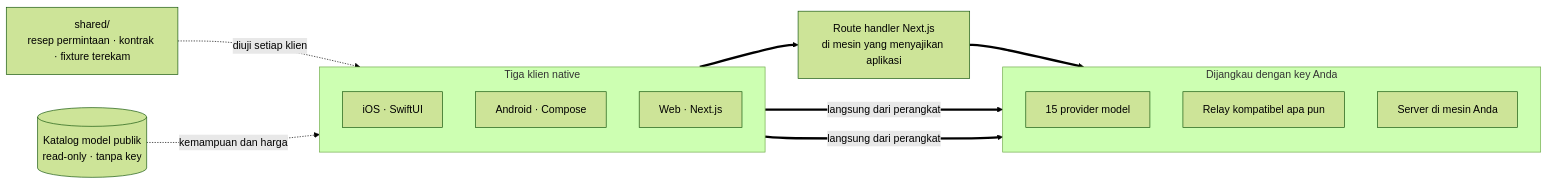
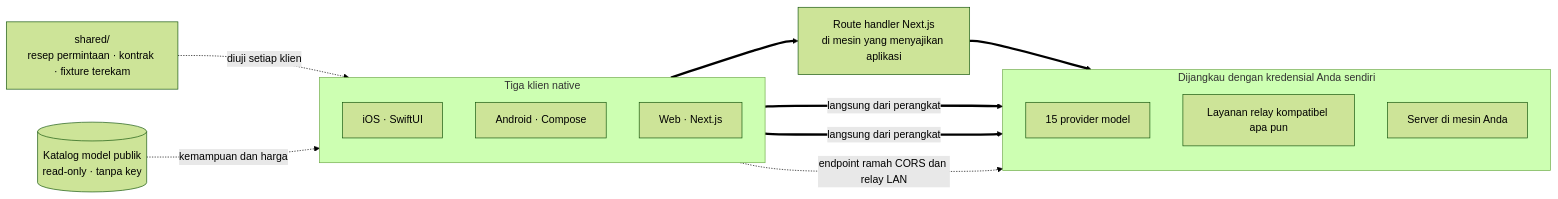
Before and after one commit to oriveo/oriveo: the diagram in readme_i18n/id/README.md, drawn with Mermaid (forest theme). The commit also changed other lines of this file and 89 other files, not shown here.

````diff
--- a/readme_i18n/id/README.md
+++ b/readme_i18n/id/README.md
@@ -185,26 +193,27 @@
 ```mermaid
 flowchart LR
     shared["shared/<br/>resep permintaan · kontrak · fixture terekam"]
 
     subgraph clients ["Tiga klien native"]
         direction TB
         ios["iOS · SwiftUI"]
         android["Android · Compose"]
         web["Web · Next.js"]
     end
 
     route["Route handler Next.js<br/>di mesin yang menyajikan aplikasi"]
 
-    subgraph upstream ["Dijangkau dengan key Anda"]
+    subgraph upstream ["Dijangkau dengan kredensial Anda sendiri"]
         official["15 provider model"]
-        relay["Relay kompatibel apa pun"]
+        relay["Layanan relay kompatibel apa pun"]
         local["Server di mesin Anda"]
     end
 
     catalog[("Katalog model publik<br/>read-only · tanpa key")]
 
     shared -.->|"diuji setiap klien"| clients
     catalog -.->|"kemampuan dan harga"| clients
     ios & android ==>|"langsung dari perangkat"| upstream
     web ==> route ==> upstream
+    web -.->|"endpoint ramah CORS dan relay LAN"| upstream
 ```
````
